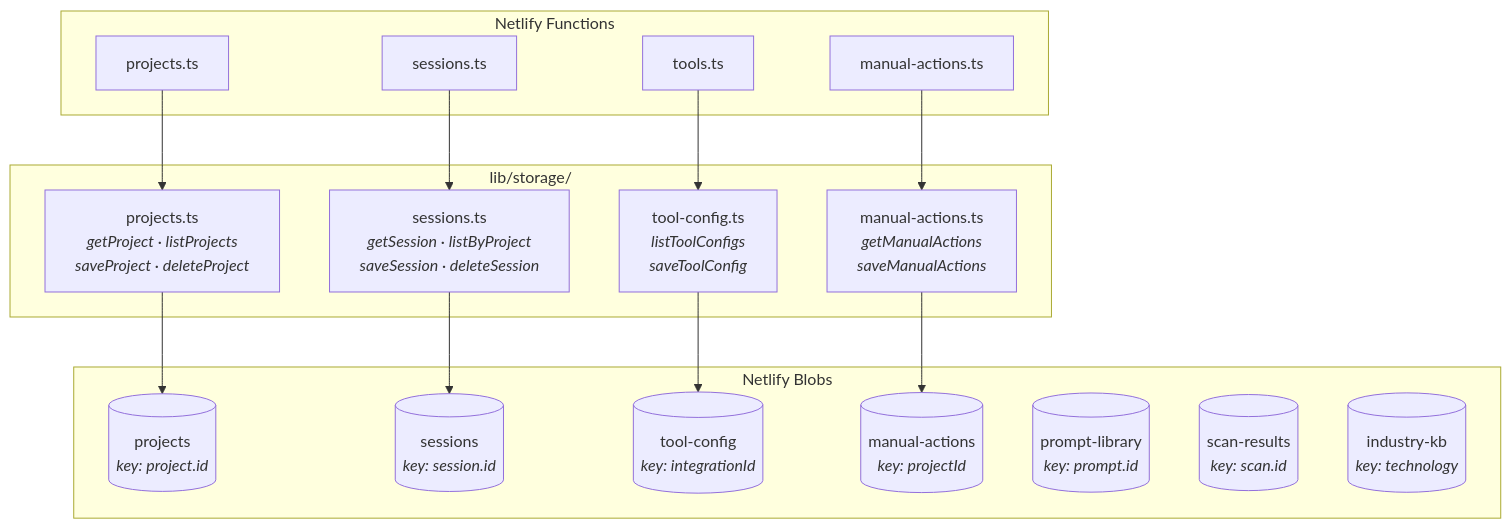
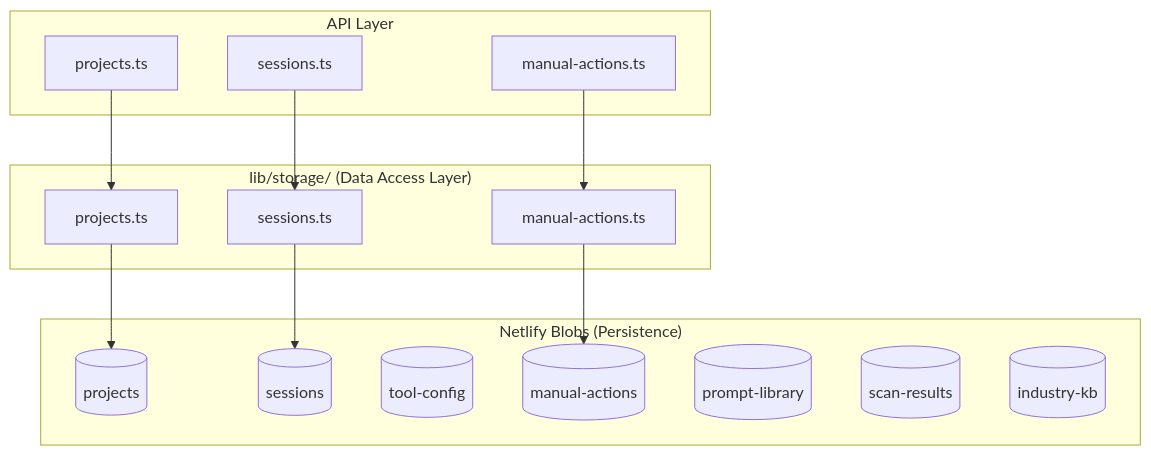
One commit to rlynjb/buffr changed the fifth of 10 diagrams in docs/LEARNING_AI_BACKEND.md. Above: the diagram before and after it, drawn with Mermaid. The commit also changed other lines of this file, not shown here.

````diff
--- a/docs/LEARNING_AI_BACKEND.md
+++ b/docs/LEARNING_AI_BACKEND.md
@@ -418,31 +496,28 @@
 ```mermaid
 graph TB
-    subgraph Functions["Netlify Functions"]
+    subgraph Functions["API Layer"]
         P["projects.ts"]
         S["sessions.ts"]
-        T["tools.ts"]
         MA["manual-actions.ts"]
     end
 
-    subgraph StorageLib["lib/storage/"]
-        PS["projects.ts<br/><i>getProject · listProjects<br/>saveProject · deleteProject</i>"]
-        SS["sessions.ts<br/><i>getSession · listByProject<br/>saveSession · deleteSession</i>"]
-        TC["tool-config.ts<br/><i>listToolConfigs<br/>saveToolConfig</i>"]
-        MAS["manual-actions.ts<br/><i>getManualActions<br/>saveManualActions</i>"]
+    subgraph StorageLib["lib/storage/ (Data Access Layer)"]
+        PS["projects.ts"]
+        SS["sessions.ts"]
+        MAS["manual-actions.ts"]
     end
 
-    subgraph Blobs["Netlify Blobs"]
-        B1[("projects<br/><i>key: project.id</i>")]
-        B2[("sessions<br/><i>key: session.id</i>")]
-        B3[("tool-config<br/><i>key: integrationId</i>")]
-        B4[("manual-actions<br/><i>key: projectId</i>")]
-        B5[("prompt-library<br/><i>key: prompt.id</i>")]
-        B6[("scan-results<br/><i>key: scan.id</i>")]
-        B7[("industry-kb<br/><i>key: technology</i>")]
+    subgraph Blobs["Netlify Blobs (Persistence)"]
+        B1[("projects")]
+        B2[("sessions")]
+        B3[("tool-config")]
+        B4[("manual-actions")]
+        B5[("prompt-library")]
+        B6[("scan-results")]
+        B7[("industry-kb")]
     end
 
     P --> PS --> B1
     S --> SS --> B2
-    T --> TC --> B3
     MA --> MAS --> B4
 ```
````
